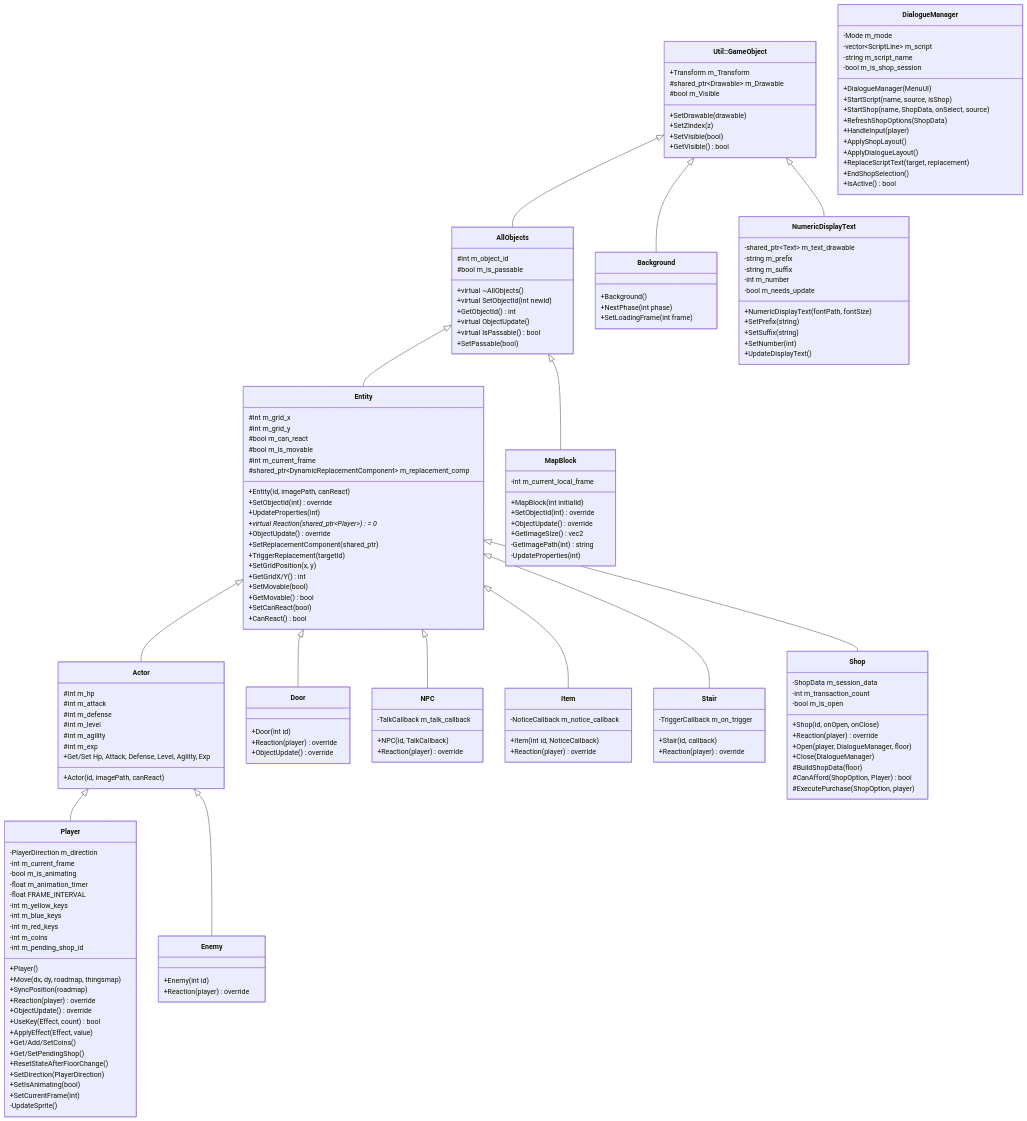
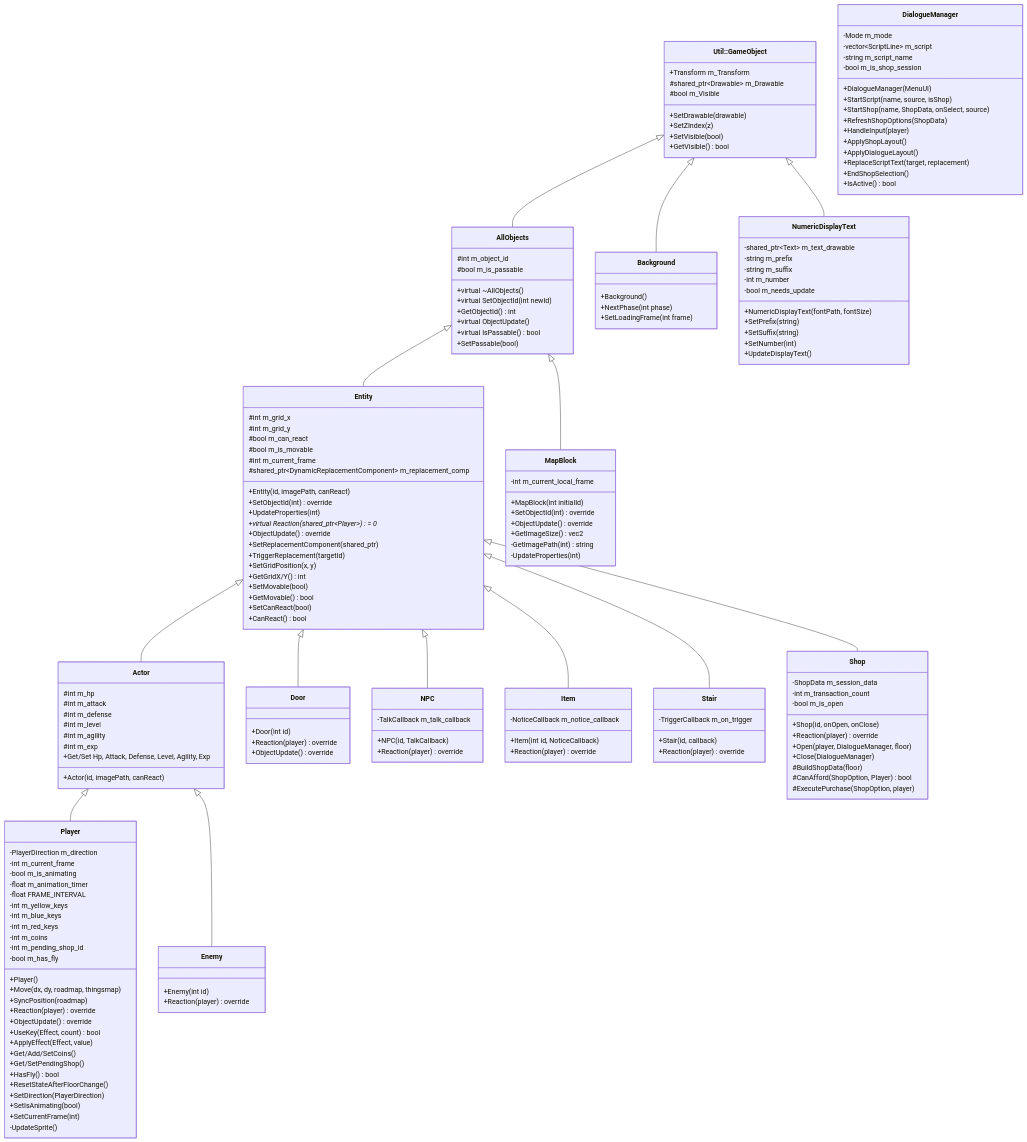
The first of 4 diagrams in Constructure.md (XWJWPIY/schoolwork_recreate_magic_tower), drawn with Mermaid before and after one commit. The commit also changed other lines of this file and 13 other files, not shown here.

```diff
--- a/Constructure.md
+++ b/Constructure.md
@@ -98,6 +98,7 @@
         -int m_red_keys
         -int m_coins
         -int m_pending_shop_id
+        -bool m_has_fly
         +Player()
         +Move(dx, dy, roadmap, thingsmap)
         +SyncPosition(roadmap)
@@ -107,6 +108,7 @@
         +ApplyEffect(Effect, value)
         +Get/Add/SetCoins()
         +Get/SetPendingShop()
+        +HasFly() bool
         +ResetStateAfterFloorChange()
         +SetDirection(PlayerDirection)
         +SetIsAnimating(bool)
```
